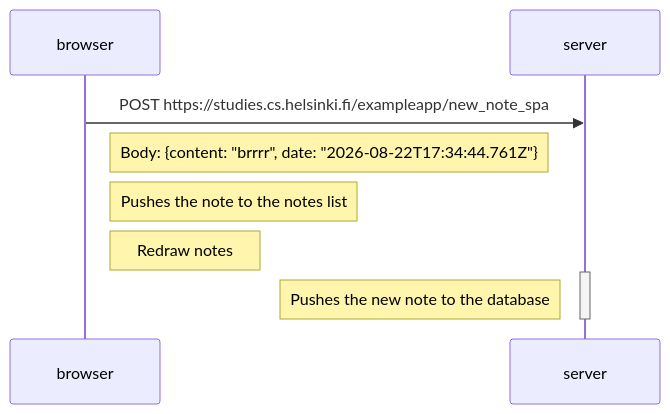
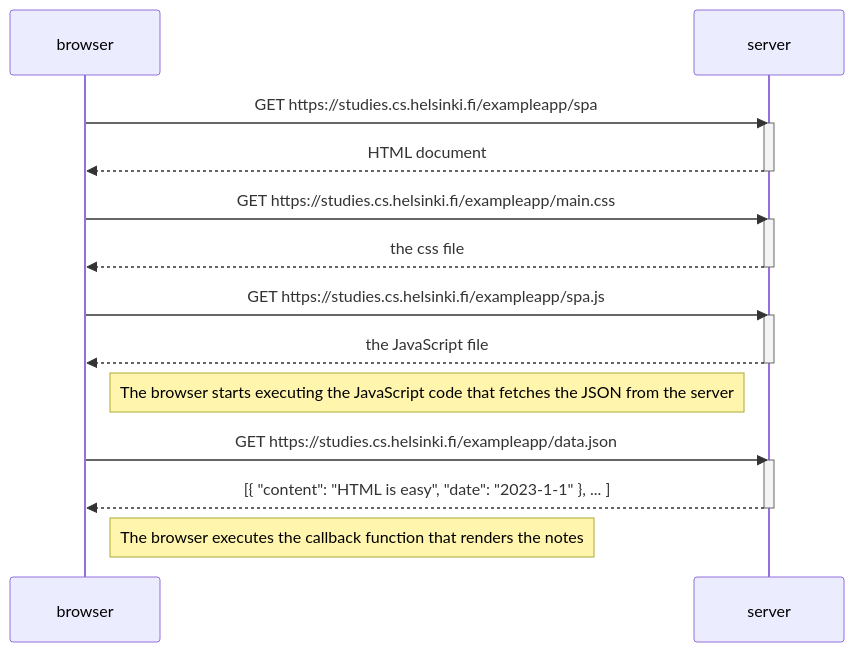
One commit to julianzamt/fullstack-helsinki changed the diagram in part0/spa.mmd. Above: the diagram before and after it, drawn with Mermaid. The commit also changed 2 other files, not shown here.

Commit message:
feat: add spa diagram

```diff
--- a/part0/spa.mmd
+++ b/part0/spa.mmd
@@ -1,12 +1,27 @@
 sequenceDiagram
     participant browser
     participant server
 
-    browser->>server: POST https://studies.cs.helsinki.fi/exampleapp/new_note_spa
-    Note right of browser: Body: {content: "brrrr", date: "2026-08-22T17:34:44.761Z"}
-    Note right of browser: Pushes the note to the notes list
-    Note right of browser: Redraw notes
+    browser->>server: GET https://studies.cs.helsinki.fi/exampleapp/spa
     activate server
-    Note left of server: Pushes the new note to the database
+    server-->>browser: HTML document
+    deactivate server
 
+    browser->>server: GET https://studies.cs.helsinki.fi/exampleapp/main.css
+    activate server
+    server-->>browser: the css file
     deactivate server
+
+    browser->>server: GET https://studies.cs.helsinki.fi/exampleapp/spa.js
+    activate server
+    server-->>browser: the JavaScript file
+    deactivate server
+
+    Note right of browser: The browser starts executing the JavaScript code that fetches the JSON from the server
+
+    browser->>server: GET https://studies.cs.helsinki.fi/exampleapp/data.json
+    activate server
+    server-->>browser: [{ "content": "HTML is easy", "date": "2023-1-1" }, ... ]
+    deactivate server
+
+    Note right of browser: The browser executes the callback function that renders the notes
```
